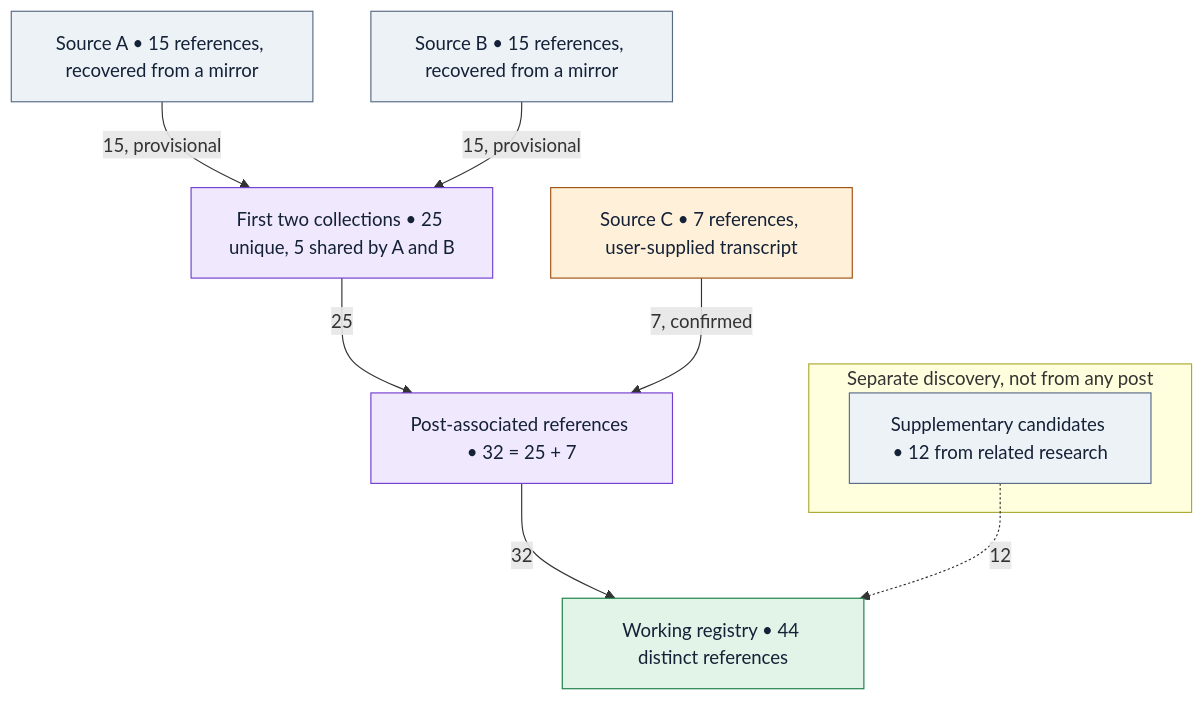
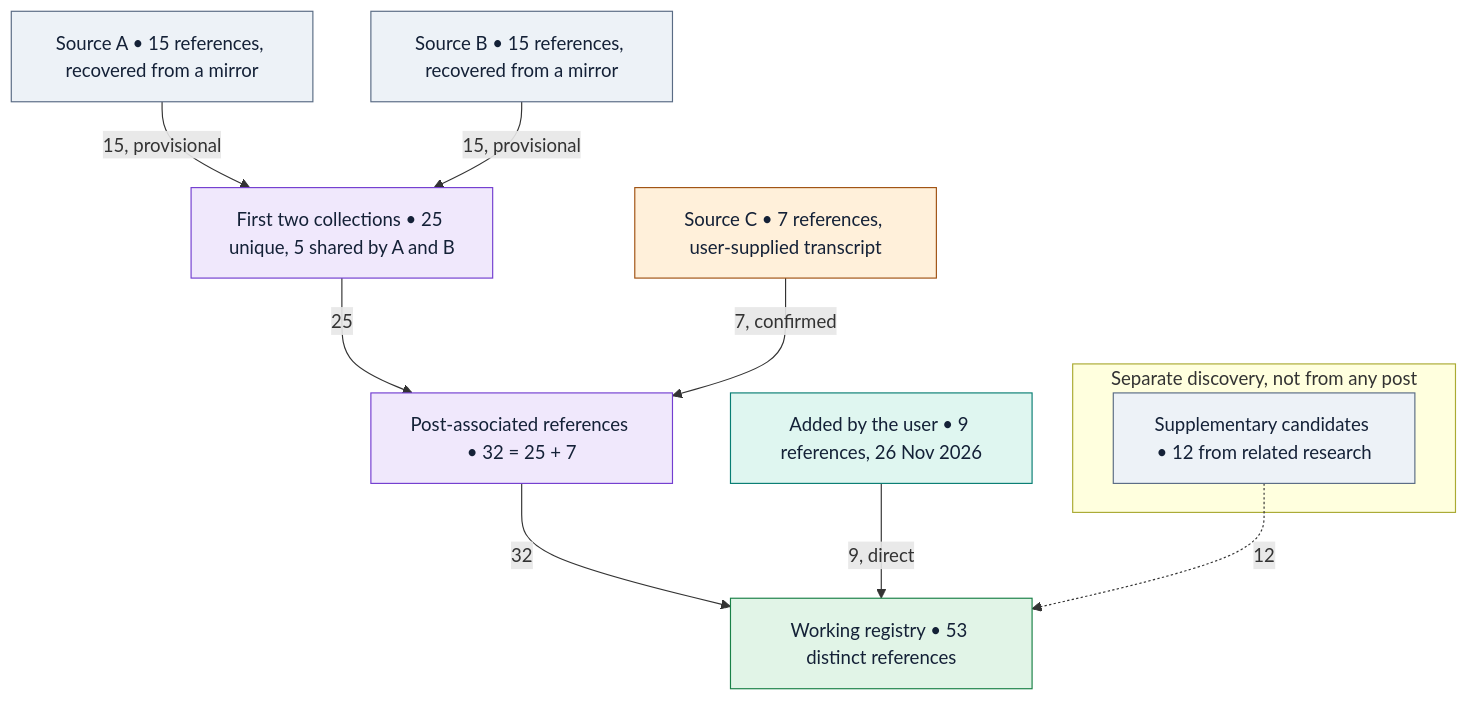
One commit to interplanetarycriminal/simlish changed the diagram in docs/ai-creative-stack/docs/diagrams/collection-provenance.mmd. Above: the diagram before and after it, drawn with Mermaid. The commit also changed 229 other files, not shown here.

First line of the commit message:
Add our own tool kit and nine user-added references (53 total)

```diff
--- a/docs/ai-creative-stack/docs/diagrams/collection-provenance.mmd
+++ b/docs/ai-creative-stack/docs/diagrams/collection-provenance.mmd
@@ -1,26 +1,28 @@
 %% render: auto
 %% title: Collection provenance
-%% desc: Where the 44 working references came from. A and B attribution is provisional; the supplementary group comes from no post.
+%% desc: Where the 53 working references came from. A and B attribution is provisional; the user's additions and the supplementary group come from no post.
 flowchart TD
     SA["Source A • 15 references, recovered from a mirror"]:::slate
     SB["Source B • 15 references, recovered from a mirror"]:::slate
     SC["Source C • 7 references, user-supplied transcript"]:::amber
+    SD["Added by the user • 9 references, 26 Nov 2026"]:::teal
     U["First two collections • 25 unique, 5 shared by A and B"]:::purple
     T["Post-associated references • 32 = 25 + 7"]:::purple
     subgraph SUP ["Separate discovery, not from any post"]
     S["Supplementary candidates • 12 from related research"]:::slate
     end
-    W["Working registry • 44 distinct references"]:::green
+    W["Working registry • 53 distinct references"]:::green
     SA -->|15, provisional| U
     SB -->|15, provisional| U
     U -->|25| T
     SC -->|7, confirmed| T
     T -->|32| W
+    SD -->|9, direct| W
     S -.->|12| W
     classDef slate fill:#edf2f7,stroke:#596b84,color:#142137
     classDef purple fill:#f0e8fc,stroke:#733ed0,color:#142137
     classDef blue fill:#e7effe,stroke:#2363cf,color:#142137
     classDef amber fill:#fff0da,stroke:#a05212,color:#142137
     classDef teal fill:#dff6f0,stroke:#087d73,color:#142137
     classDef rose fill:#fee8ed,stroke:#bf315c,color:#142137
     classDef green fill:#e1f4e7,stroke:#198047,color:#142137
```
